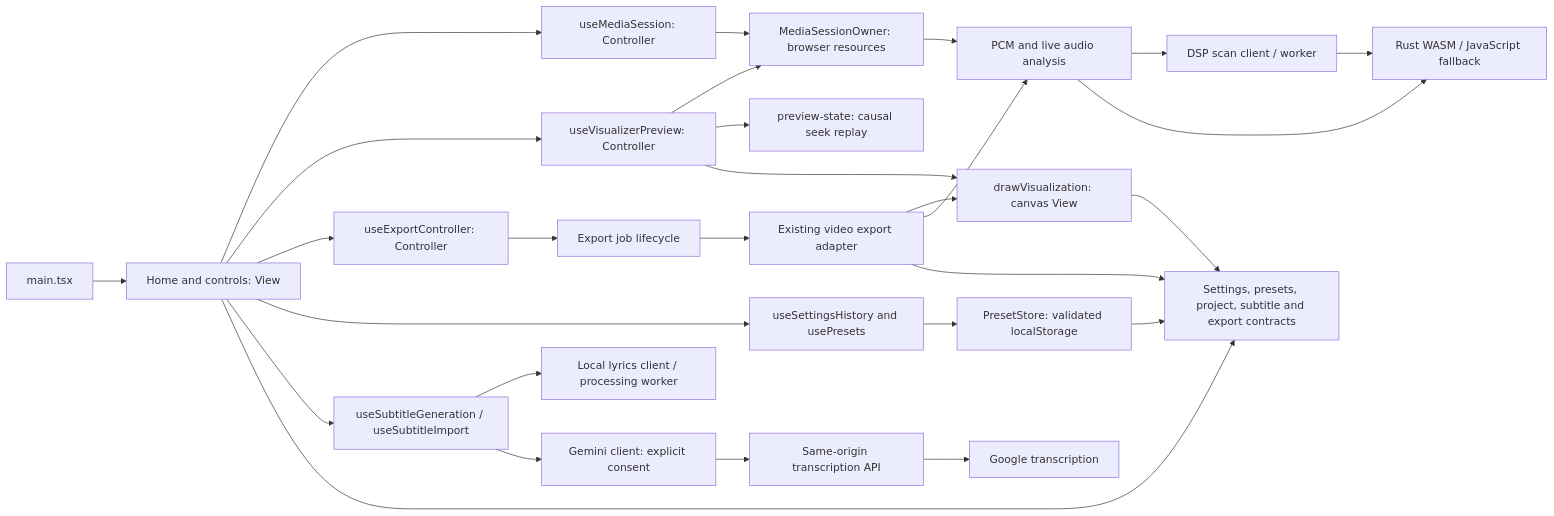
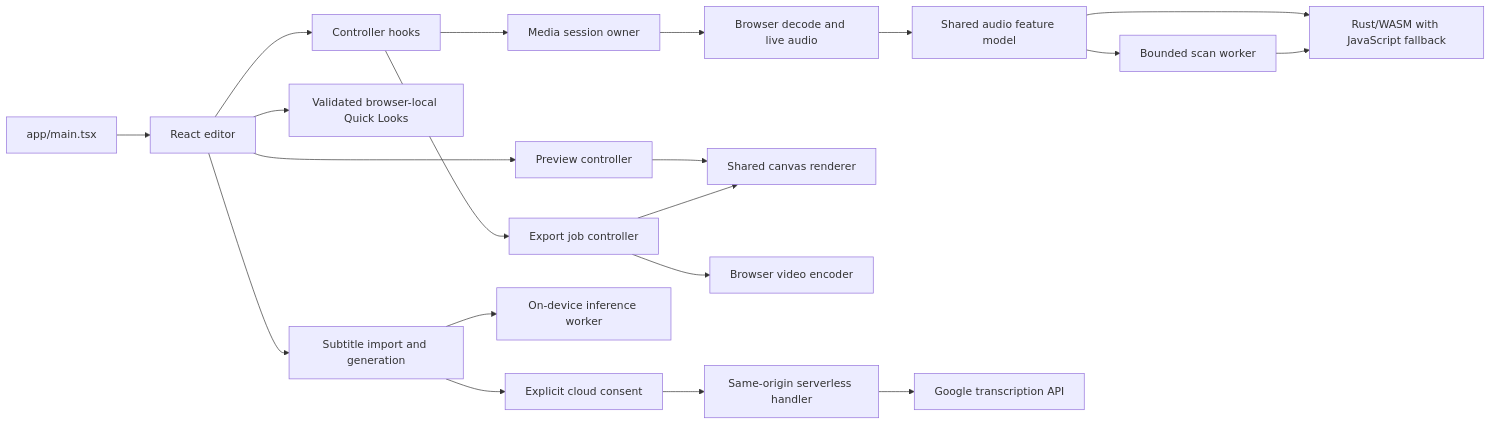
The diagram in docs/architecture.md (ervin-sungkono/pulseframe), drawn with Mermaid before and after one commit. The commit also changed other lines of this file and 15 other files, not shown here.

Commit message:
docs: consolidate current architecture and behavior

````diff
--- a/docs/architecture.md
+++ b/docs/architecture.md
@@ -8,30 +28,22 @@
 ```mermaid
 flowchart LR
-  Entry[main.tsx] --> UI
-  UI[Home and controls: View] --> Media[useMediaSession: Controller]
-  UI --> Preview[useVisualizerPreview: Controller]
-  UI --> Export[useExportController: Controller]
-  UI --> History[useSettingsHistory and usePresets]
-  UI --> Subtitles[useSubtitleGeneration / useSubtitleImport]
-  Media --> Session[MediaSessionOwner: browser resources]
-  Session --> Analysis[PCM and live audio analysis]
-  Analysis --> Scan[DSP scan client / worker]
-  Analysis --> DSP[Rust WASM / JavaScript fallback]
-  Scan --> DSP
-  Preview --> Session
-  Preview --> Replay[preview-state: causal seek replay]
-  Preview --> Renderer[drawVisualization: canvas View]
-  Export --> Job[Export job lifecycle]
-  Job --> Encoder[Existing video export adapter]
-  Encoder --> Renderer
-  Encoder --> Analysis
-  History --> Persistence[PresetStore: validated localStorage]
-  Subtitles --> Local[Local lyrics client / processing worker]
-  Subtitles --> Cloud[Gemini client: explicit consent]
-  Cloud --> API[Same-origin transcription API]
-  API --> Google[Google transcription]
-  UI --> Contracts[Settings, presets, project, subtitle and export contracts]
-  Renderer --> Contracts
-  Encoder --> Contracts
-  Persistence --> Contracts
+  Entry[app/main.tsx] --> Editor[React editor]
+  Editor --> Controllers[Controller hooks]
+  Controllers --> Session[Media session owner]
+  Session --> Decode[Browser decode and live audio]
+  Decode --> Analysis[Shared audio feature model]
+  Analysis --> Worker[Bounded scan worker]
+  Analysis --> DSP[Rust/WASM with JavaScript fallback]
+  Worker --> DSP
+  Editor --> Preview[Preview controller]
+  Preview --> Renderer[Shared canvas renderer]
+  Controllers --> Export[Export job controller]
+  Export --> Renderer
+  Export --> Encoder[Browser video encoder]
+  Editor --> Presets[Validated browser-local Quick Looks]
+  Editor --> Subtitles[Subtitle import and generation]
+  Subtitles --> Local[On-device inference worker]
+  Subtitles --> Consent[Explicit cloud consent]
+  Consent --> API[Same-origin serverless handler]
+  API --> Google[Google transcription API]
 ```
````
